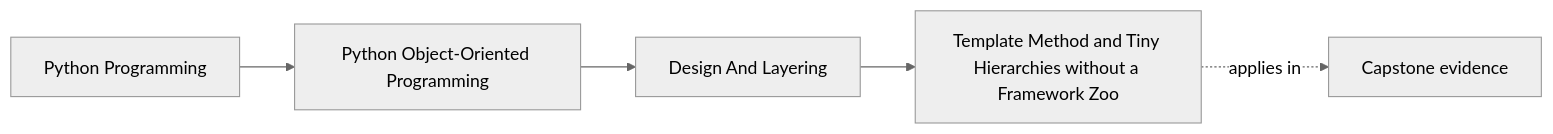
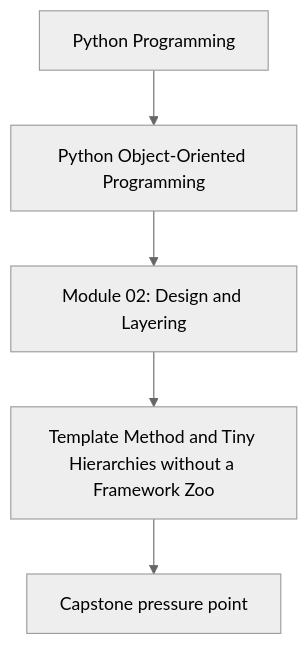
The first of 2 diagrams in programs/python-programming/python-object-oriented-programming/course-book/module-02-design-and-layering/template-method-and-small-hierarchies.md (bijux/bijux-masterclass), drawn with Mermaid (neutral theme) before and after one commit. The commit also changed other lines of this file and 107 other files, not shown here.

Commit message:
docs(python-object-oriented-programming): align concept page diagrams

````diff
--- a/programs/python-programming/python-object-oriented-programming/course-book/module-02-design-and-layering/template-method-and-small-hierarchies.md
+++ b/programs/python-programming/python-object-oriented-programming/course-book/module-02-design-and-layering/template-method-and-small-hierarchies.md
@@ -7,11 +7,7 @@
 ```mermaid
-graph LR
-  family["Python Programming"]
-  program["Python Object-Oriented Programming"]
-  section["Design And Layering"]
-  page["Template Method and Tiny Hierarchies without a Framework Zoo"]
-  capstone["Capstone evidence"]
-
-  family --> program --> section --> page
-  page -.applies in.-> capstone
+flowchart TD
+  family["Python Programming"] --> program["Python Object-Oriented Programming"]
+  program --> module["Module 02: Design and Layering"]
+  module --> concept["Template Method and Tiny Hierarchies without a Framework Zoo"]
+  concept --> capstone["Capstone pressure point"]
 ```
````
